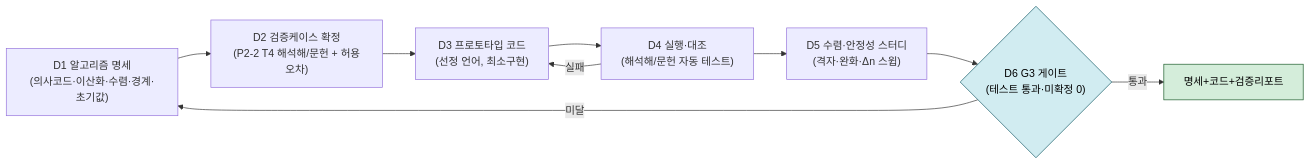
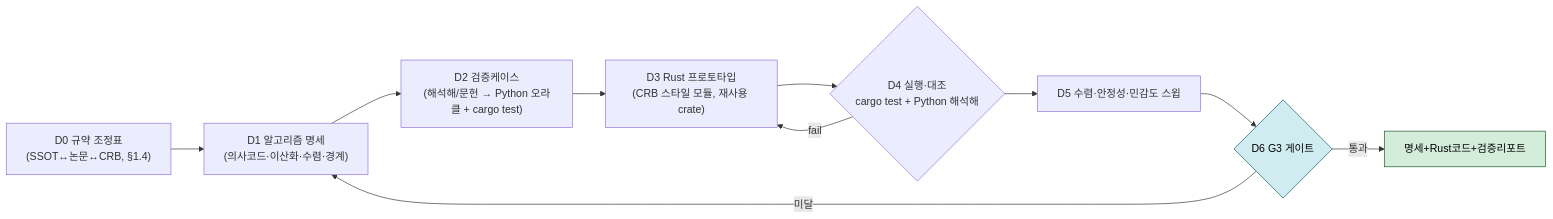
Before and after one commit to CHOICHOI-KIMM/AI_Seminar: the first of 2 diagrams in 논문 취합/03. 정리/논문구현_P3_총괄계획.md, drawn with Mermaid. The commit also changed other lines of this file and 23 other files, not shown here.

````diff
--- a/논문 취합/03. 정리/논문구현_P3_총괄계획.md
+++ b/논문 취합/03. 정리/논문구현_P3_총괄계획.md
@@ -34,13 +96,13 @@
 ```mermaid
 flowchart LR
-    D1["D1 알고리즘 명세\n(의사코드·이산화·수렴·경계·초기값)"] --> D2["D2 검증케이스 확정\n(P2-2 T4 해석해/문헌 + 허용오차)"]
-    D2 --> D3["D3 프로토타입 코드\n(선정 언어, 최소구현)"]
-    D3 --> D4["D4 실행·대조\n(해석해/문헌 자동 테스트)"]
-    D4 -->|실패| D3
-    D4 --> D5["D5 수렴·안정성 스터디\n(격자·완화·Δn 스윕)"]
-    D5 --> D6{"D6 G3 게이트\n(테스트 통과·미확정 0)"}
+    D0["D0 규약 조정표\n(SSOT↔논문↔CRB, §1.4)"] --> D1["D1 알고리즘 명세\n(의사코드·이산화·수렴·경계)"] --> D2["D2 검증케이스\n(해석해/문헌 → Python 오라클 + cargo test)"]
+    D2 --> D3["D3 Rust 프로토타입\n(CRB 스타일 모듈, 재사용 crate)"]
+    D3 --> D4{"D4 실행·대조\ncargo test + Python 해석해"}
+    D4 -->|fail| D3
+    D4 --> D5["D5 수렴·안정성·민감도 스윕"]
+    D5 --> D6{"D6 G3 게이트"}
     D6 -->|미달| D1
-    D6 -->|통과| OUT["명세+코드+검증리포트"]
+    D6 -->|통과| OUT["명세+Rust코드+검증리포트"]
     style D6 fill:#d1ecf1,stroke:#0c5460,color:#000
     style OUT fill:#d4edda,stroke:#155724,color:#000
 ```
````
